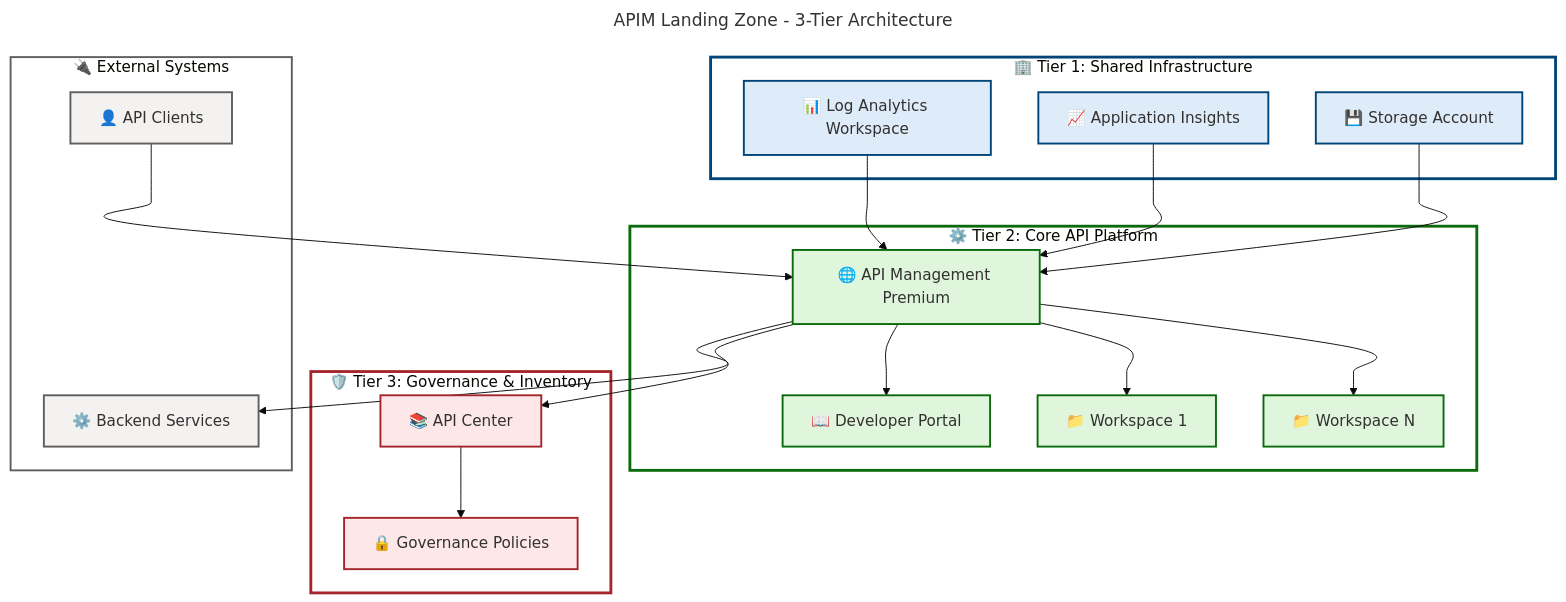
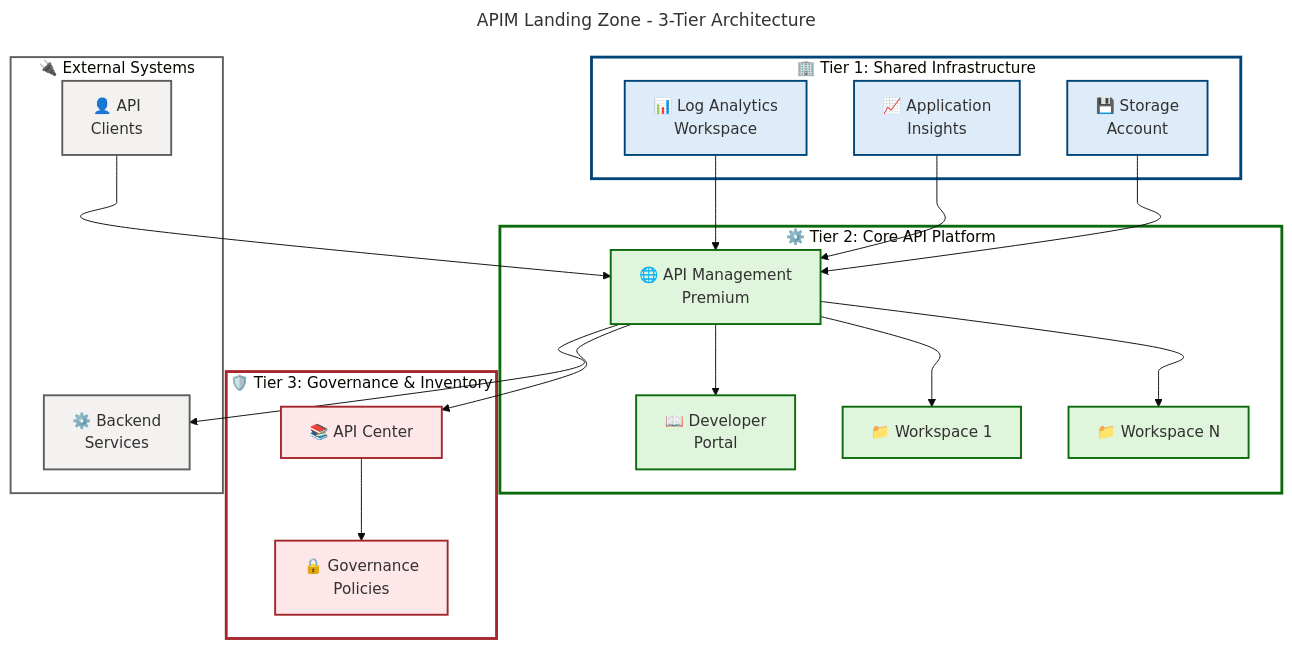
One commit to Evilazaro/APIM-Accelerator changed the diagram in README.md. Above: the diagram before and after it, drawn with Mermaid.

Commit message:
Enable HTML labels in flowchart for improved readability in README.md

```diff
--- a/README.md
+++ b/README.md
@@ -95,7 +95,7 @@
   themeVariables:
     fontSize: '16px'
   flowchart:
-    htmlLabels: false
+    htmlLabels: true
     curve: cardinal
 ---
 flowchart TB
@@ -129,15 +129,15 @@
 
     %% Tier 1: Shared Infrastructure (Observability)
     subgraph tier1["🏢 Tier 1: Shared Infrastructure"]
-        LA["📊 Log Analytics Workspace"]:::azureBlue
-        AI["📈 Application Insights"]:::azureBlue
-        SA["💾 Storage Account"]:::azureBlue
+        LA["📊 Log Analytics<br/>Workspace"]:::azureBlue
+        AI["📈 Application<br/>Insights"]:::azureBlue
+        SA["💾 Storage<br/>Account"]:::azureBlue
     end
 
     %% Tier 2: Core API Platform
     subgraph tier2["⚙️ Tier 2: Core API Platform"]
-        APIM["🌐 API Management Premium"]:::azureGreen
-        DEV["📖 Developer Portal"]:::azureGreen
+        APIM["🌐 API Management<br/>Premium"]:::azureGreen
+        DEV["📖 Developer<br/>Portal"]:::azureGreen
         WS1["📁 Workspace 1"]:::azureGreen
         WS2["📁 Workspace N"]:::azureGreen
 
@@ -149,15 +149,15 @@
     %% Tier 3: Governance & Inventory
     subgraph tier3["🛡️ Tier 3: Governance & Inventory"]
         APIC["📚 API Center"]:::azureOrange
-        GOV["🔒 Governance Policies"]:::azureOrange
+        GOV["🔒 Governance<br/>Policies"]:::azureOrange
 
         APIC --> GOV
     end
 
     %% External Systems Integration
     subgraph external["🔌 External Systems"]
-        BACKEND["⚙️ Backend Services"]:::neutralGrey
-        CLIENT["👤 API Clients"]:::neutralGrey
+        BACKEND["⚙️ Backend<br/>Services"]:::neutralGrey
+        CLIENT["👤 API<br/>Clients"]:::neutralGrey
     end
 
     %% Cross-tier Data Flows
```
